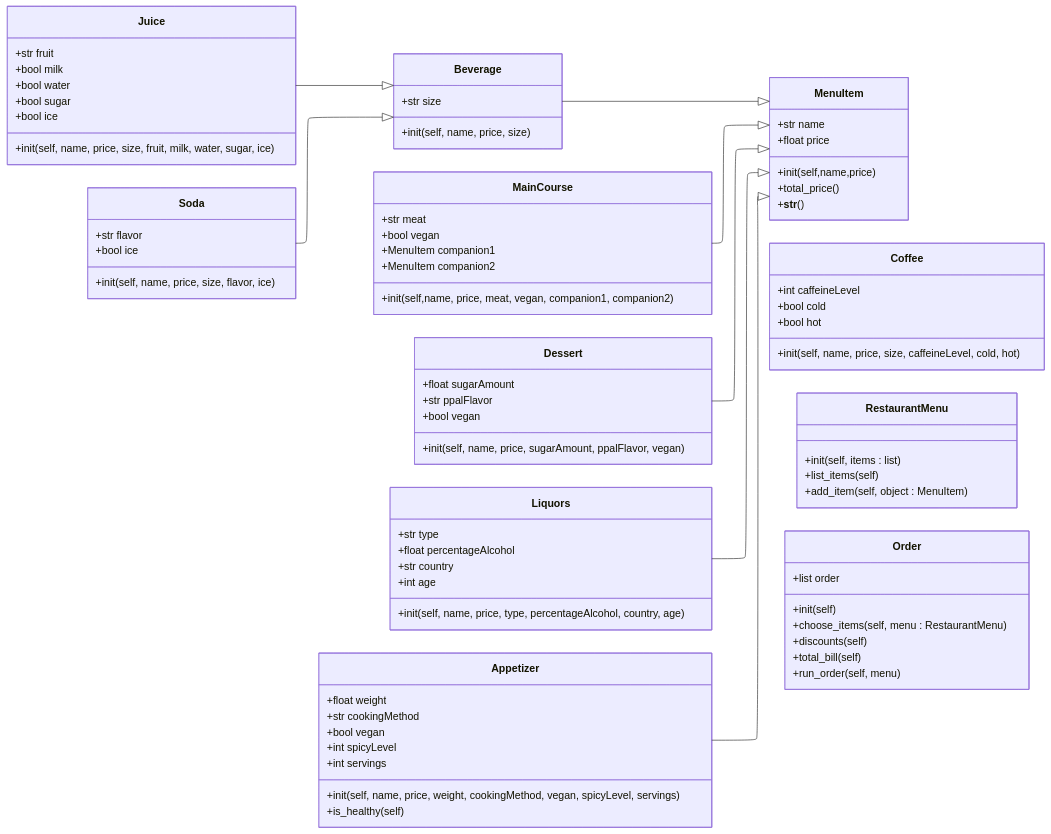
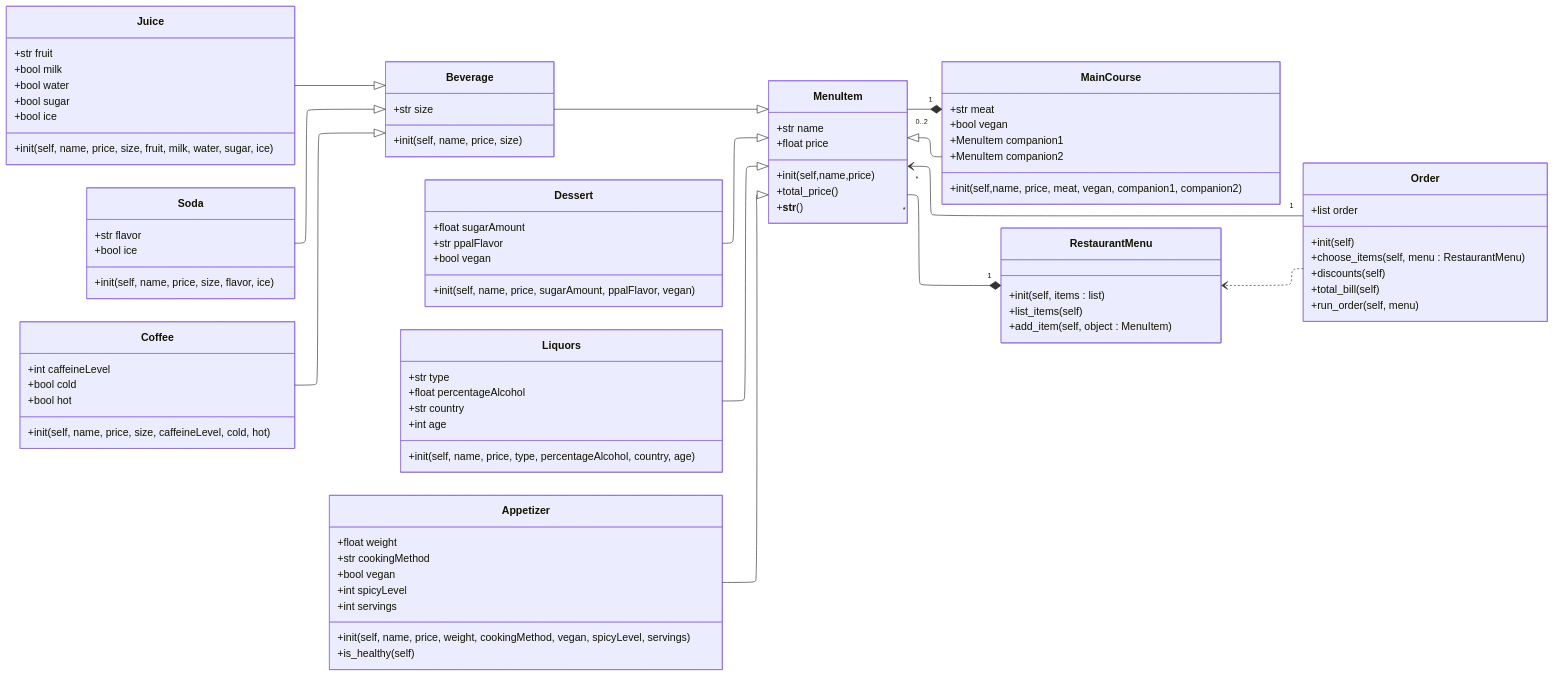
One commit to laurajespm/Reto-3-final changed the diagram in diagrama.md. Above: the diagram before and after it, drawn with Mermaid.

Commit message:
diagrama.md

````diff
--- a/diagrama.md
+++ b/diagrama.md
@@ -85,4 +85,9 @@
     MenuItem <|-- Appetizer
     Beverage <|-- Juice
     Beverage <|-- Soda
+    Beverage <|-- Coffee
+    Order "1" --> "*" MenuItem
+    Order ..> RestaurantMenu
+    RestaurantMenu "1" *-- "*" MenuItem
+    MainCourse "1" *-- "0..2" MenuItem
 ```
````
